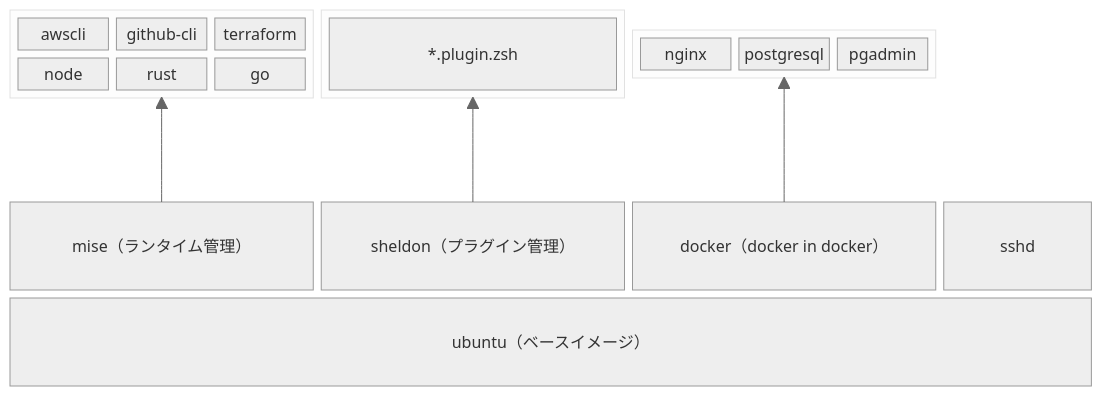
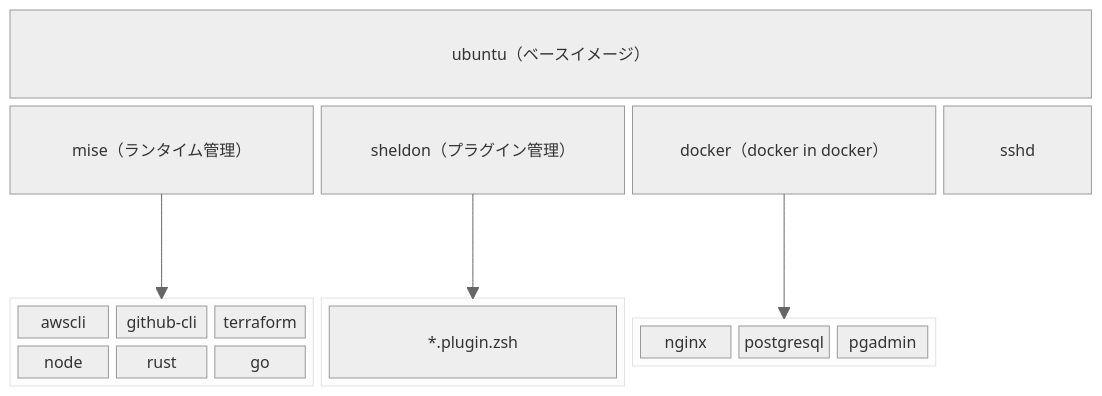
Before and after one commit to shinoda-yosuke-lvgs/hello-devcontainer: the diagram in README.md, drawn with Mermaid. The commit also changed other lines of this file and 5 other files, not shown here.

````diff
--- a/README.md
+++ b/README.md
@@ -32,37 +32,37 @@
 ```mermaid
 %%{init: {'theme':'neutral'}}%%
 block-beta
   columns 8
+
+  ubuntu["ubuntu（ベースイメージ）"]:7
+  space:1
+
+  mise["mise（ランタイム管理）"]:2
+  sheldon["sheldon（プラグイン管理）"]:2
+  dind["docker（docker in docker）"]:2
+  sshd["sshd"]:1
+  space:1
+
+  space:8
 
   block:feature1:2
     columns 3
     awscli githubcli["github-cli"] terraform node rust go
   end
     
   block:feature2:2
     zshplugins["*.plugin.zsh"]
   end
 
   block:feature3:2
     nginx
     postgresql
     pgadmin
   end
 
   space:2
 
-  space:8
-
-  mise["mise（ランタイム管理）"]:2
-  sheldon["sheldon（プラグイン管理）"]:2
-  dind["docker（docker in docker）"]:2
-  sshd["sshd"]:1
-  space:1
-
-  ubuntu["ubuntu（ベースイメージ）"]:7
-  space:1
-
   mise --> feature1
   sheldon --> feature2
   dind --> feature3
 ```
````
